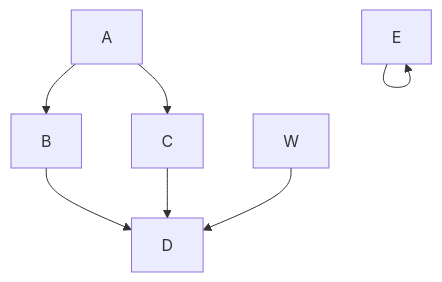
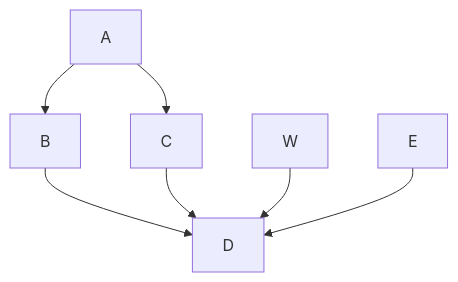
The second of 2 diagrams in test/flow_inline.md (code-bross/mermaid-markdown-test), drawn with Mermaid before and after one commit.

````diff
--- a/test/flow_inline.md
+++ b/test/flow_inline.md
@@ -18,9 +18,9 @@
 ```mermaid
 graph TD;
     A-->B;
     A-->C;
     B-->D;
     C-->D;
     W-->D;
-    E-->E;
+    E-->D;
 ```
````
